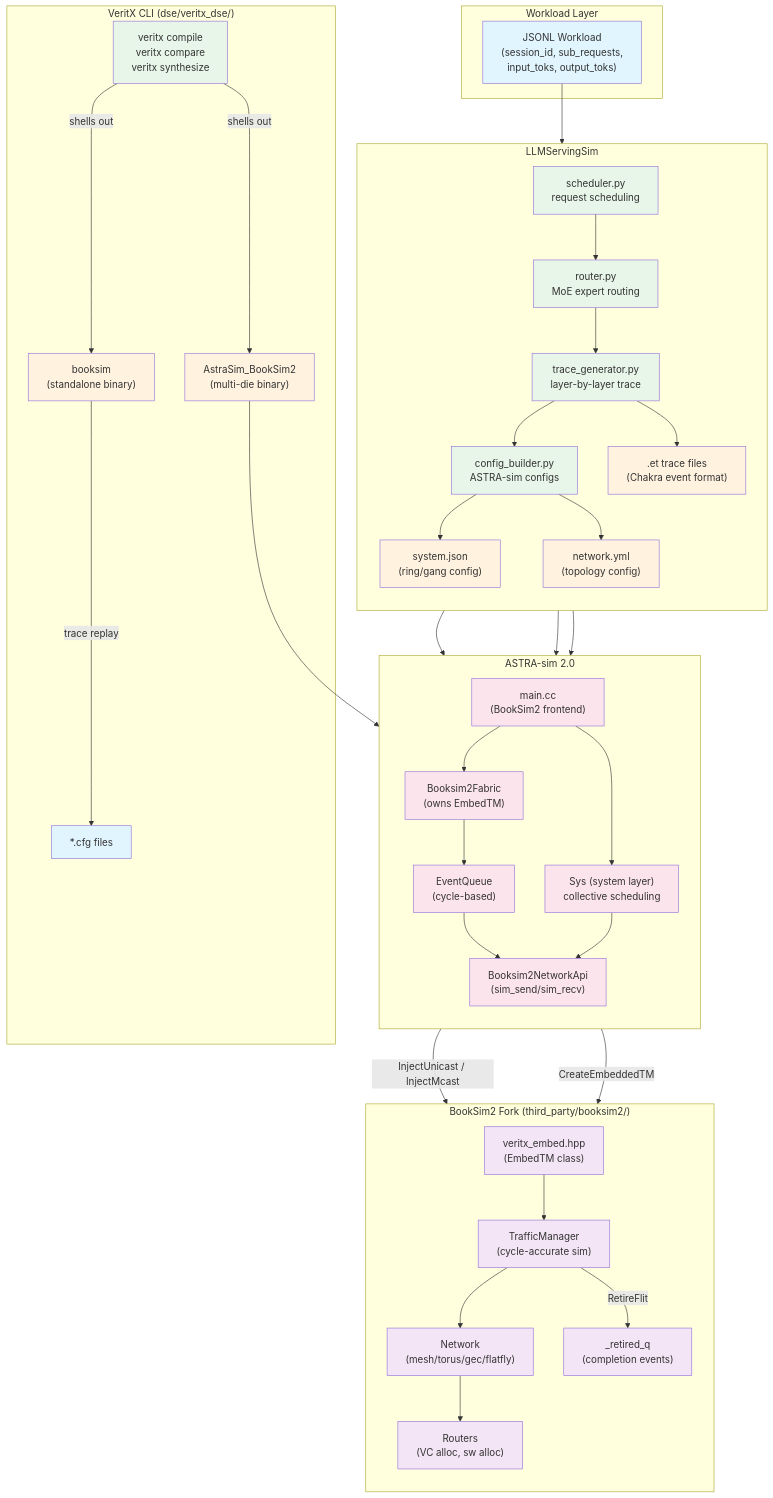
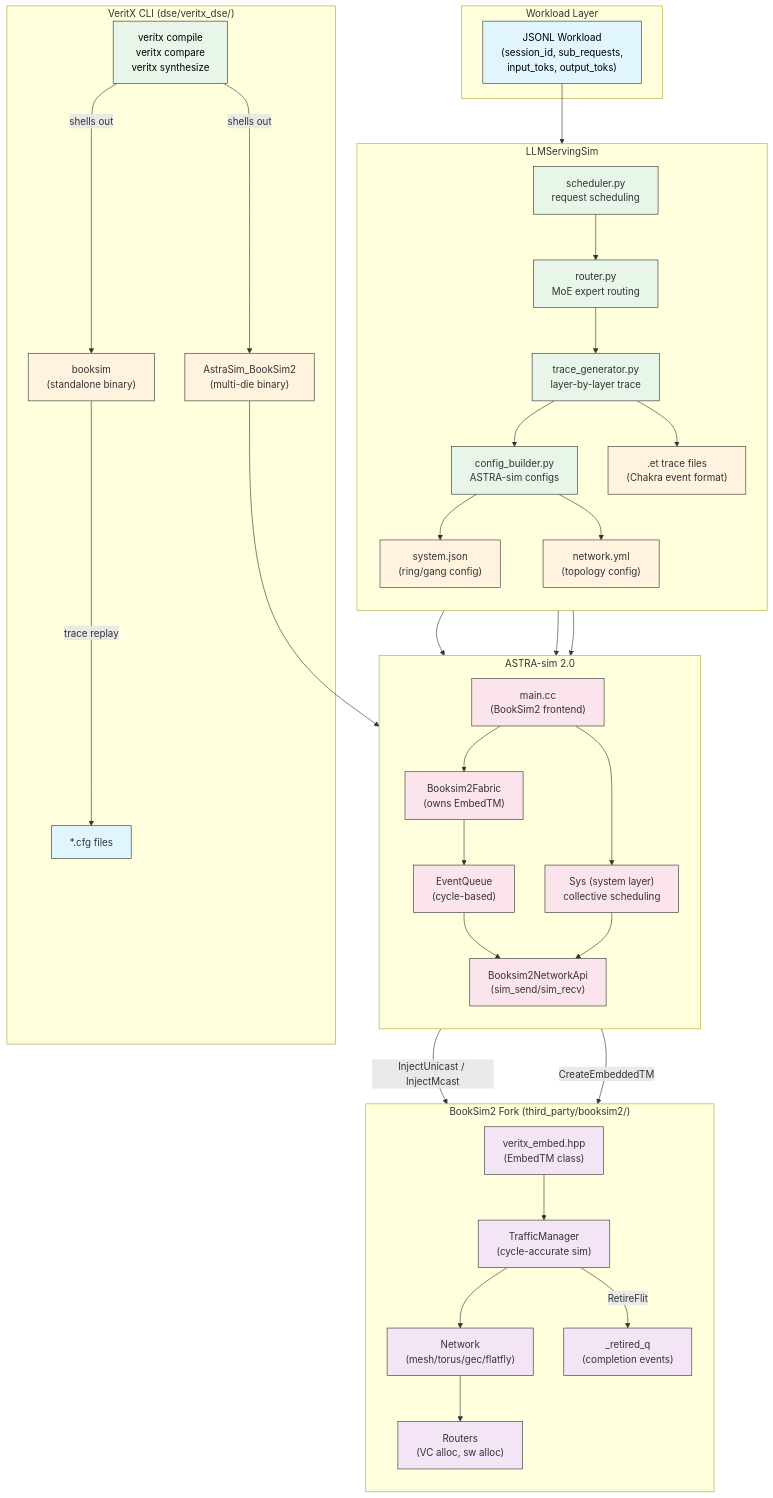
The first of 5 diagrams in serving/README.md (Anmol-S314/veritx-research), drawn with Mermaid before and after one commit. The commit also changed other lines of this file and 1 other file, not shown here.

First line of the commit message:
docs: improve Mermaid diagram styling across all 22 diagrams

````diff
--- a/serving/README.md
+++ b/serving/README.md
@@ -24,70 +24,79 @@
 ```mermaid
 graph TB
     subgraph "Workload Layer"
         WL["JSONL Workload<br/>(session_id, sub_requests,<br/>input_toks, output_toks)"]
     end
 
     subgraph "LLMServingSim"
         direction TB
         WL --> SCHED["scheduler.py<br/>request scheduling"]
         SCHED --> ROUTE["router.py<br/>MoE expert routing"]
         ROUTE --> TG["trace_generator.py<br/>layer-by-layer trace"]
         TG --> CB["config_builder.py<br/>ASTRA-sim configs"]
         TG --> ET[".et trace files<br/>(Chakra event format)"]
         CB --> SYS["system.json<br/>(ring/gang config)"]
         CB --> NETCFG["network.yml<br/>(topology config)"]
     end
 
     subgraph "ASTRA-sim 2.0"
         direction TB
         ET --> AMAIN["main.cc<br/>(BookSim2 frontend)"]
         SYS --> AMAIN
         NETCFG --> AMAIN
         AMAIN --> FABRIC["Booksim2Fabric<br/>(owns EmbedTM)"]
         FABRIC --> EVENTQ["EventQueue<br/>(cycle-based)"]
         EVENTQ --> NETAPI["Booksim2NetworkApi<br/>(sim_send/sim_recv)"]
         AMAIN --> WORKLOAD["Sys (system layer)<br/>collective scheduling"]
         WORKLOAD --> NETAPI
     end
 
     subgraph "BookSim2 Fork (third_party/booksim2/)"
         direction TB
         NETAPI -->|"InjectUnicast / InjectMcast"| EMBED["veritx_embed.hpp<br/>(EmbedTM class)"]
         FABRIC -->|"CreateEmbeddedTM"| EMBED
         EMBED --> TM["TrafficManager<br/>(cycle-accurate sim)"]
         TM --> FNET["Network<br/>(mesh/torus/gec/flatfly)"]
         FNET --> ROUTERS["Routers<br/>(VC alloc, sw alloc)"]
         TM -->|"RetireFlit"| RET["_retired_q<br/>(completion events)"]
     end
 
     subgraph "VeritX CLI (dse/veritx_dse/)"
         CLI["veritx compile<br/>veritx compare<br/>veritx synthesize"]
         CLI -->|"shells out"| BOOKSIM_BIN["booksim<br/>(standalone binary)"]
         CLI -->|"shells out"| ASTRABS["AstraSim_BookSim2<br/>(multi-die binary)"]
         BOOKSIM_BIN -->|"trace replay"| BOOKSIM_CFG["*.cfg files"]
         ASTRABS --> AMAIN
     end
 
-    style WL fill:#e1f5fe
-    style SCHED fill:#e8f5e9
-    style ROUTE fill:#e8f5e9
-    style TG fill:#e8f5e9
-    style CB fill:#e8f5e9
-    style ET fill:#fff3e0
-    style SYS fill:#fff3e0
-    style NETCFG fill:#fff3e0
-    style AMAIN fill:#fce4ec
-    style FABRIC fill:#fce4ec
-    style EVENTQ fill:#fce4ec
-    style NETAPI fill:#fce4ec
-    style WORKLOAD fill:#fce4ec
-    style EMBED fill:#f3e5f5
-    style TM fill:#f3e5f5
-    style FNET fill:#f3e5f5
-    style ROUTERS fill:#f3e5f5
-    style RET fill:#f3e5f5
-    style CLI fill:#e8f5e9
-    style BOOKSIM_BIN fill:#fff3e0
-    style ASTRABS fill:#fff3e0
-    style BOOKSIM_CFG fill:#e1f5fe
+    style WL fill:#e1f5fe,stroke:#333
+    style SCHED fill:#e8f5e9,stroke:#333
+    style ROUTE fill:#e8f5e9,stroke:#333
+    style TG fill:#e8f5e9,stroke:#333
+    style CB fill:#e8f5e9,stroke:#333
+    style ET fill:#fff3e0,stroke:#333
+    style SYS fill:#fff3e0,stroke:#333
+    style NETCFG fill:#fff3e0,stroke:#333
+    style AMAIN fill:#fce4ec,stroke:#333
+    style FABRIC fill:#fce4ec,stroke:#333
+    style EVENTQ fill:#fce4ec,stroke:#333
+    style NETAPI fill:#fce4ec,stroke:#333
+    style WORKLOAD fill:#fce4ec,stroke:#333
+    style EMBED fill:#f3e5f5,stroke:#333
+    style TM fill:#f3e5f5,stroke:#333
+    style FNET fill:#f3e5f5,stroke:#333
+    style ROUTERS fill:#f3e5f5,stroke:#333
+    style RET fill:#f3e5f5,stroke:#333
+    style CLI fill:#e8f5e9,stroke:#333
+    style BOOKSIM_BIN fill:#fff3e0,stroke:#333
+    style ASTRABS fill:#fff3e0,stroke:#333
+    style BOOKSIM_CFG fill:#e1f5fe,stroke:#333
+
+
+    classDef input fill:#e1f5fe,stroke:#01579b,color:#000
+    classDef cli fill:#e8f5e9,stroke:#2e7d32,color:#000
+    classDef sim fill:#fff3e0,stroke:#e65100,color:#000
+    classDef api fill:#fce4ec,stroke:#c62828,color:#000
+    classDef output fill:#f3e5f5,stroke:#6a1b9a,color:#000
+    class WL input
+    class CLI cli
 ```
````
